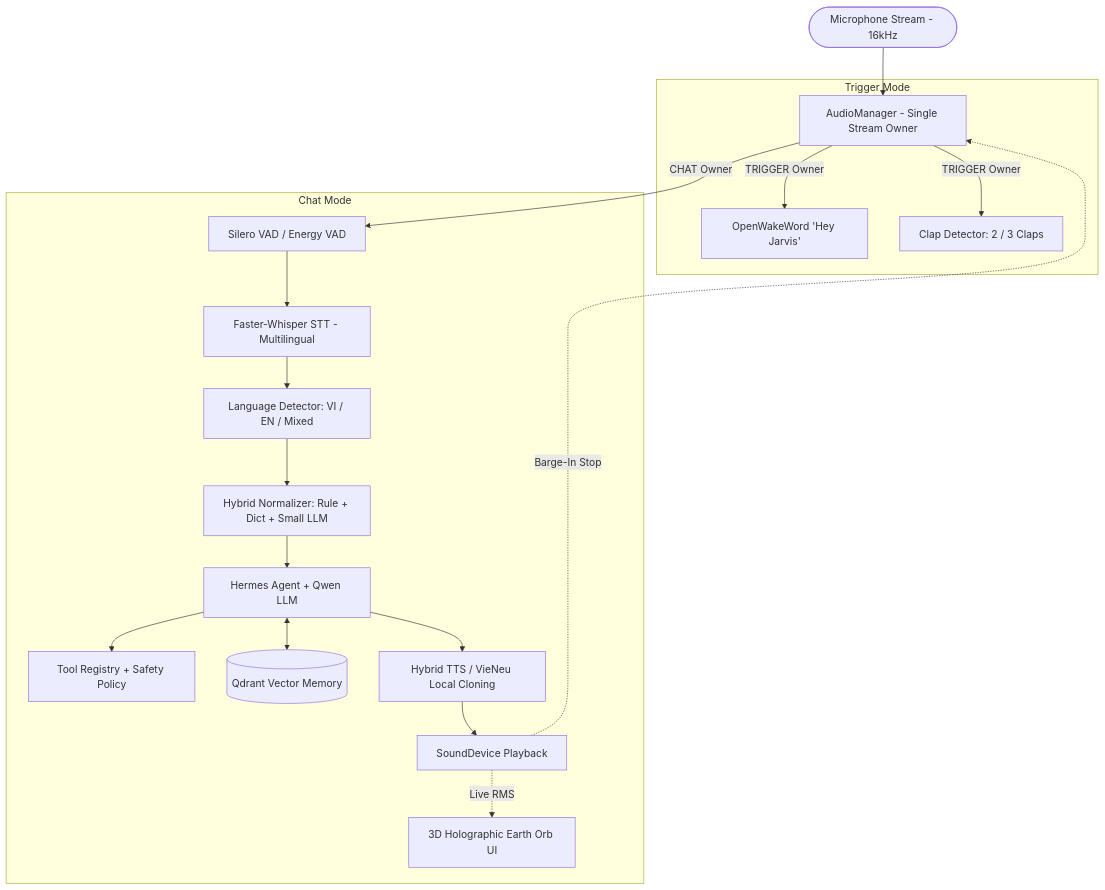
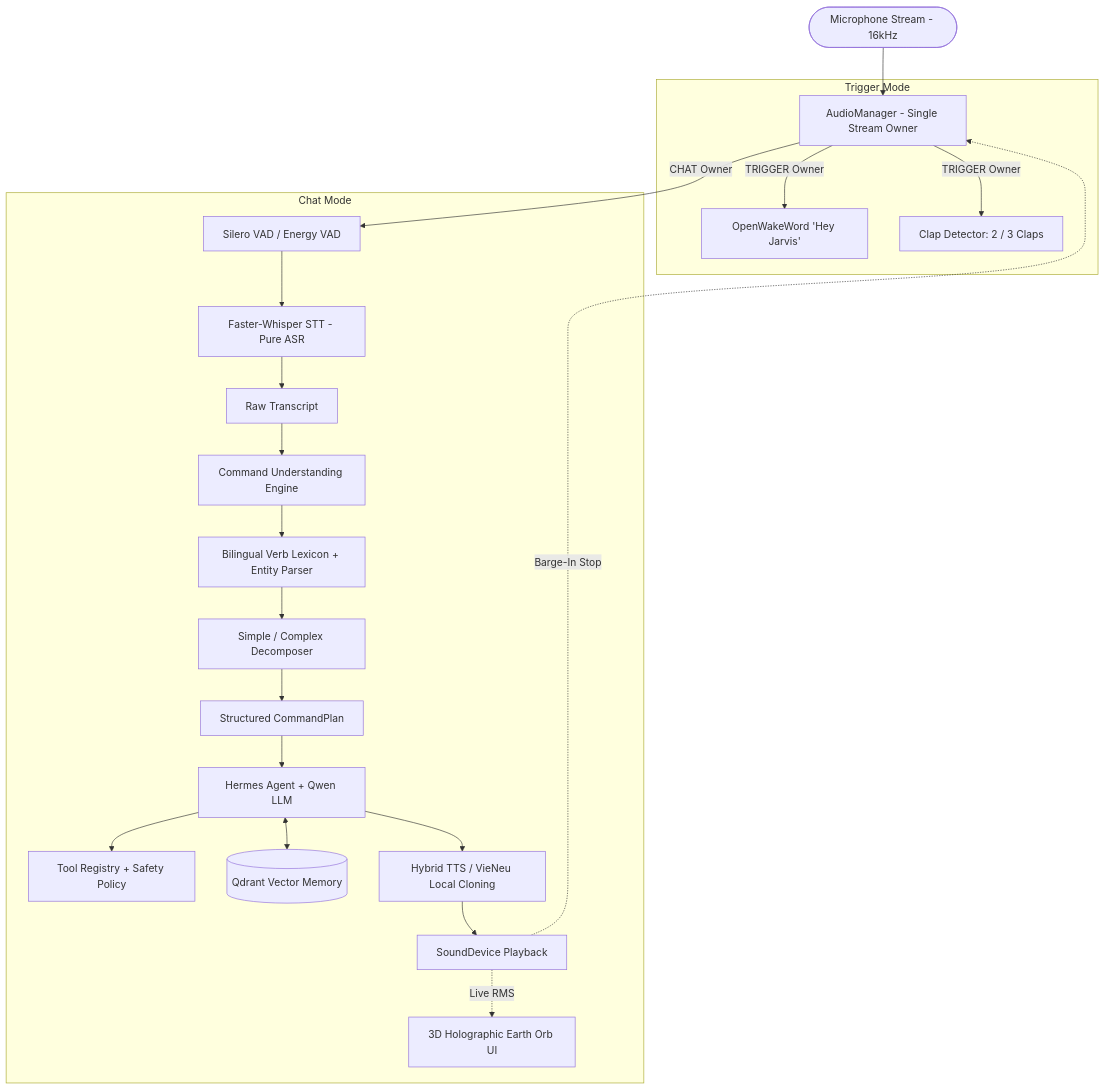
One commit to kaliber2602/jarvis changed the diagram in README.md. Above: the diagram before and after it, drawn with Mermaid. The commit also changed other lines of this file and 55 other files, not shown here.

First line of the commit message:
feat(voice): improve VAD, command parsing, and Hermes tool interaction

````diff
--- a/README.md
+++ b/README.md
@@ -35,23 +36,26 @@
 ```mermaid
 flowchart TD
     MIC([Microphone Stream - 16kHz]) --> AM[AudioManager - Single Stream Owner]
 
     subgraph Trigger Mode
         AM -->|TRIGGER Owner| OWW[OpenWakeWord 'Hey Jarvis']
         AM -->|TRIGGER Owner| CLAP[Clap Detector: 2 / 3 Claps]
     end
 
     subgraph Chat Mode
         AM -->|CHAT Owner| VAD[Silero VAD / Energy VAD]
-        VAD --> STT[Faster-Whisper STT - Multilingual]
-        STT --> LANG[Language Detector: VI / EN / Mixed]
-        LANG --> NORM[Hybrid Normalizer: Rule + Dict + Small LLM]
-        NORM --> HERMES[Hermes Agent + Qwen LLM]
+        VAD --> STT[Faster-Whisper STT - Pure ASR]
+        STT --> RAW[Raw Transcript]
+        RAW --> CUE[Command Understanding Engine]
+        CUE --> LEX[Bilingual Verb Lexicon + Entity Parser]
+        LEX --> DEC[Simple / Complex Decomposer]
+        DEC --> PLAN[Structured CommandPlan]
+        PLAN --> HERMES[Hermes Agent + Qwen LLM]
         HERMES --> TOOLS[Tool Registry + Safety Policy]
         HERMES <--> MEMORY[(Qdrant Vector Memory)]
         HERMES --> TTS[Hybrid TTS / VieNeu Local Cloning]
         TTS --> PLAY[SoundDevice Playback]
         PLAY -.->|Barge-In Stop| AM
         PLAY -.->|Live RMS| ORB[3D Holographic Earth Orb UI]
     end
 ```
````
